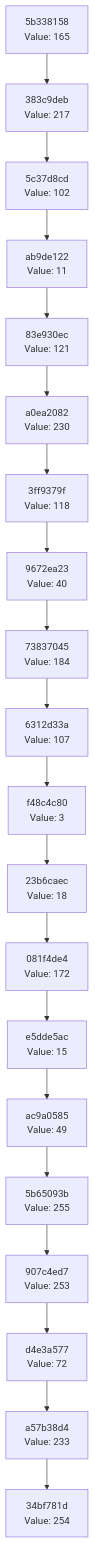
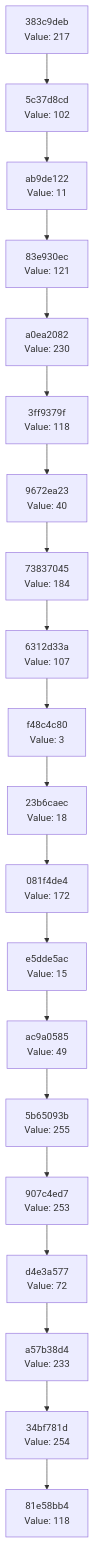
One commit to Abhisheksinha1506/hash-chain-evolver changed the diagram in docs/CHAIN_VISUALIZATION.md. Above: the diagram before and after it, drawn with Mermaid. The commit also changed 2 other files, not shown here.

Commit message:
Evolution Step

````diff
--- a/docs/CHAIN_VISUALIZATION.md
+++ b/docs/CHAIN_VISUALIZATION.md
@@ -3,42 +3,42 @@
 ```mermaid
 graph TD
-    C0["34bf781d<br/>Value: 254"]
-    C1["a57b38d4<br/>Value: 233"]
+    C0["81e58bb4<br/>Value: 118"]
+    C1["34bf781d<br/>Value: 254"]
     C1 --> C0
-    C2["d4e3a577<br/>Value: 72"]
+    C2["a57b38d4<br/>Value: 233"]
     C2 --> C1
-    C3["907c4ed7<br/>Value: 253"]
+    C3["d4e3a577<br/>Value: 72"]
     C3 --> C2
-    C4["5b65093b<br/>Value: 255"]
+    C4["907c4ed7<br/>Value: 253"]
     C4 --> C3
-    C5["ac9a0585<br/>Value: 49"]
+    C5["5b65093b<br/>Value: 255"]
     C5 --> C4
-    C6["e5dde5ac<br/>Value: 15"]
+    C6["ac9a0585<br/>Value: 49"]
     C6 --> C5
-    C7["081f4de4<br/>Value: 172"]
+    C7["e5dde5ac<br/>Value: 15"]
     C7 --> C6
-    C8["23b6caec<br/>Value: 18"]
+    C8["081f4de4<br/>Value: 172"]
     C8 --> C7
-    C9["f48c4c80<br/>Value: 3"]
+    C9["23b6caec<br/>Value: 18"]
     C9 --> C8
-    C10["6312d33a<br/>Value: 107"]
+    C10["f48c4c80<br/>Value: 3"]
     C10 --> C9
-    C11["73837045<br/>Value: 184"]
+    C11["6312d33a<br/>Value: 107"]
     C11 --> C10
-    C12["9672ea23<br/>Value: 40"]
+    C12["73837045<br/>Value: 184"]
     C12 --> C11
-    C13["3ff9379f<br/>Value: 118"]
+    C13["9672ea23<br/>Value: 40"]
     C13 --> C12
-    C14["a0ea2082<br/>Value: 230"]
+    C14["3ff9379f<br/>Value: 118"]
     C14 --> C13
-    C15["83e930ec<br/>Value: 121"]
+    C15["a0ea2082<br/>Value: 230"]
     C15 --> C14
-    C16["ab9de122<br/>Value: 11"]
+    C16["83e930ec<br/>Value: 121"]
     C16 --> C15
-    C17["5c37d8cd<br/>Value: 102"]
+    C17["ab9de122<br/>Value: 11"]
     C17 --> C16
-    C18["383c9deb<br/>Value: 217"]
+    C18["5c37d8cd<br/>Value: 102"]
     C18 --> C17
-    C19["5b338158<br/>Value: 165"]
+    C19["383c9deb<br/>Value: 217"]
     C19 --> C18
 ```
````
